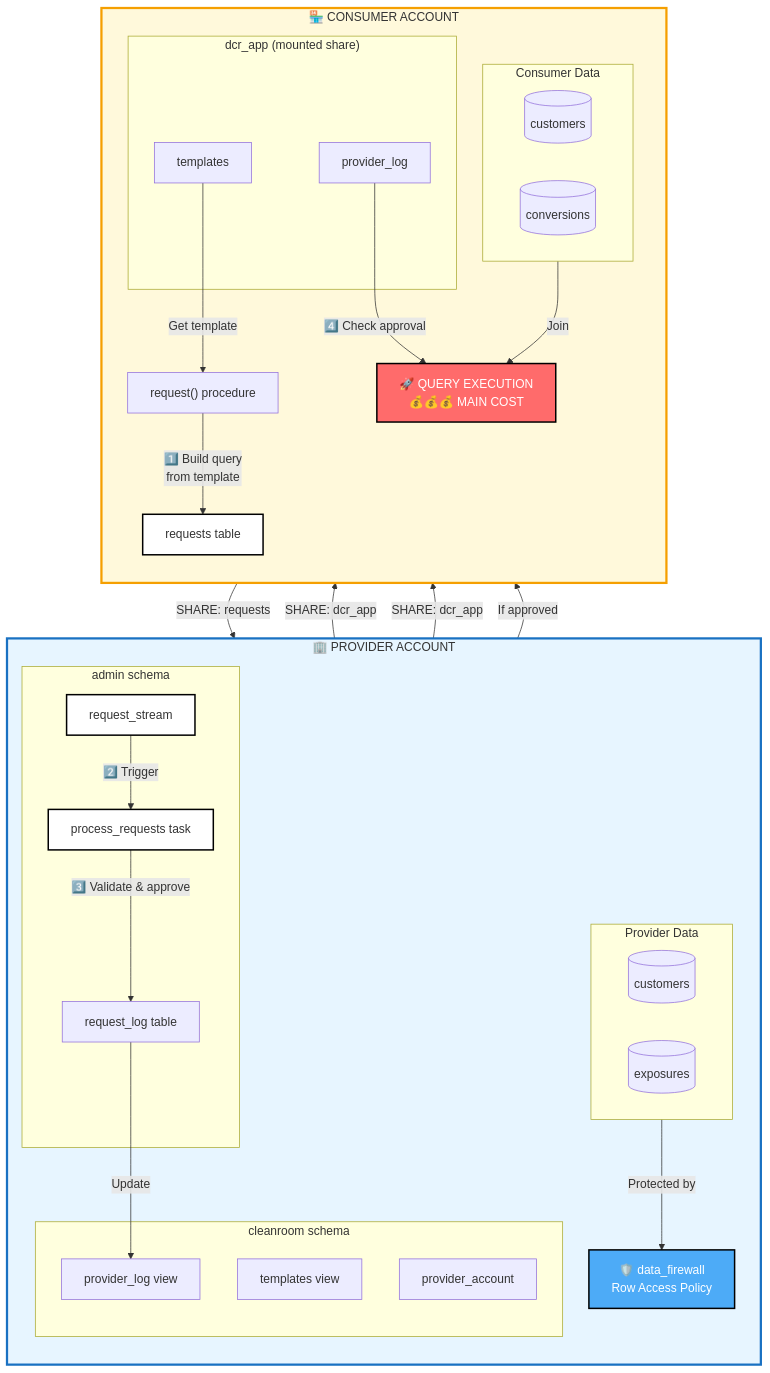
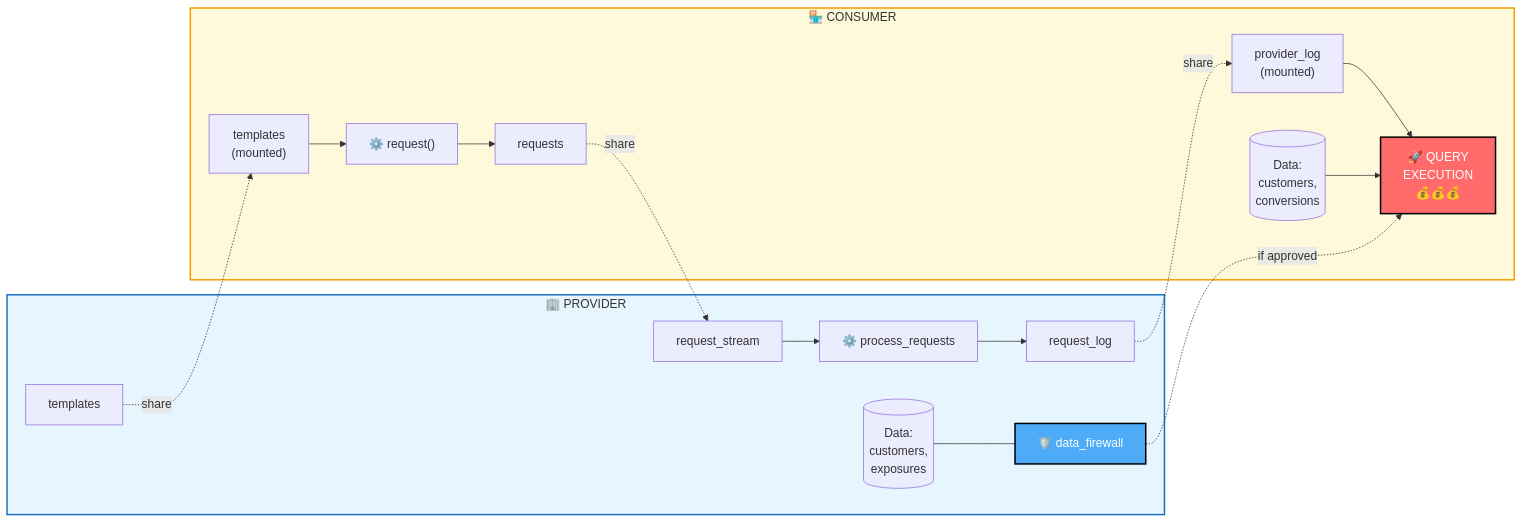
The first of 4 diagrams in DCR_Flow_and_Cost_Guide.md (sfc-gh-vshiv/sfquickstart-data-clean-room), drawn with Mermaid before and after one commit. The commit also changed 1 other file, not shown here.

Commit message:
Refactor DCR Flow and Cost Guide Mermaid diagrams to improve layout and clarity, updating subgraphs for provider and consumer accounts, and enhancing visual styles for better representation of data flows and interactions.

````diff
--- a/DCR_Flow_and_Cost_Guide.md
+++ b/DCR_Flow_and_Cost_Guide.md
@@ -20,62 +20,37 @@
 ```mermaid
-flowchart TB
-    subgraph PROVIDER["🏢 PROVIDER ACCOUNT"]
-        direction TB
-        subgraph PROV_DATA["Provider Data"]
-            PD1[("customers")]
-            PD2[("exposures")]
-        end
-        subgraph PROV_CLEAN["cleanroom schema"]
-            PT["templates view"]
-            PPL["provider_log view"]
-            PPA["provider_account"]
-        end
-        subgraph PROV_ADMIN["admin schema"]
-            PRL["request_log table"]
-            PRS["request_stream"]
-            PPR["process_requests task"]
-        end
-        PDF["🛡️ data_firewall<br/>Row Access Policy"]
+flowchart LR
+    subgraph PROVIDER["🏢 PROVIDER"]
+        PD[("Data:<br/>customers,<br/>exposures")]
+        PDF["🛡️ data_firewall"]
+        PT["templates"]
+        PRL["request_log"]
+        PRS["request_stream"]
+        PPR["⚙️ process_requests"]
+        
+        PD --- PDF
+        PRS --> PPR --> PRL
     end
     
-    subgraph CONSUMER["🏪 CONSUMER ACCOUNT"]
-        direction TB
-        subgraph CONS_DATA["Consumer Data"]
-            CD1[("customers")]
-            CD2[("conversions")]
-        end
-        subgraph CONS_APP["dcr_app (mounted share)"]
-            CT["templates"]
-            CPL["provider_log"]
-        end
-        CRQ["requests table"]
-        CRP["request() procedure"]
-        CQE["🚀 QUERY EXECUTION<br/>💰💰💰 MAIN COST"]
+    subgraph CONSUMER["🏪 CONSUMER"]
+        CD[("Data:<br/>customers,<br/>conversions")]
+        CT["templates<br/>(mounted)"]
+        CPL["provider_log<br/>(mounted)"]
+        CRQ["requests"]
+        CRP["⚙️ request()"]
+        CQE["🚀 QUERY<br/>EXECUTION<br/>💰💰💰"]
+        
+        CT --> CRP --> CRQ
+        CPL --> CQE
+        CD --> CQE
     end
     
-    %% Share flow: Provider to Consumer
-    PT -->|"SHARE: dcr_app"| CT
-    PPL -->|"SHARE: dcr_app"| CPL
+    PT -.->|"share"| CT
+    PRL -.->|"share"| CPL
+    CRQ -.->|"share"| PRS
+    PDF -.->|"if approved"| CQE
     
-    %% Request flow: Consumer to Provider  
-    CRP -->|"1️⃣ Build query<br/>from template"| CRQ
-    CRQ -->|"SHARE: requests"| PRS
-    PRS -->|"2️⃣ Trigger"| PPR
-    PPR -->|"3️⃣ Validate & approve"| PRL
-    PRL -->|"Update"| PPL
-    
-    %% Query execution flow
-    CPL -->|"4️⃣ Check approval"| CQE
-    CT -->|"Get template"| CRP
-    CONS_DATA -->|"Join"| CQE
-    PROV_DATA -->|"Protected by"| PDF
-    PDF -->|"If approved"| CQE
-    
-    style PROVIDER fill:#e7f5ff,stroke:#1971c2,stroke-width:3px
-    style CONSUMER fill:#fff9db,stroke:#f59f00,stroke-width:3px
+    style PROVIDER fill:#e7f5ff,stroke:#1971c2,stroke-width:2px
+    style CONSUMER fill:#fff9db,stroke:#f59f00,stroke-width:2px
     style CQE fill:#ff6b6b,stroke:#000,stroke-width:2px,color:#fff
     style PDF fill:#4dabf7,stroke:#000,stroke-width:2px,color:#fff
-    style CRQ fill:#fff,stroke:#000,stroke-width:2px
-    style PRS fill:#fff,stroke:#000,stroke-width:2px
-    style PPR fill:#fff,stroke:#000,stroke-width:2px
 ```
````
